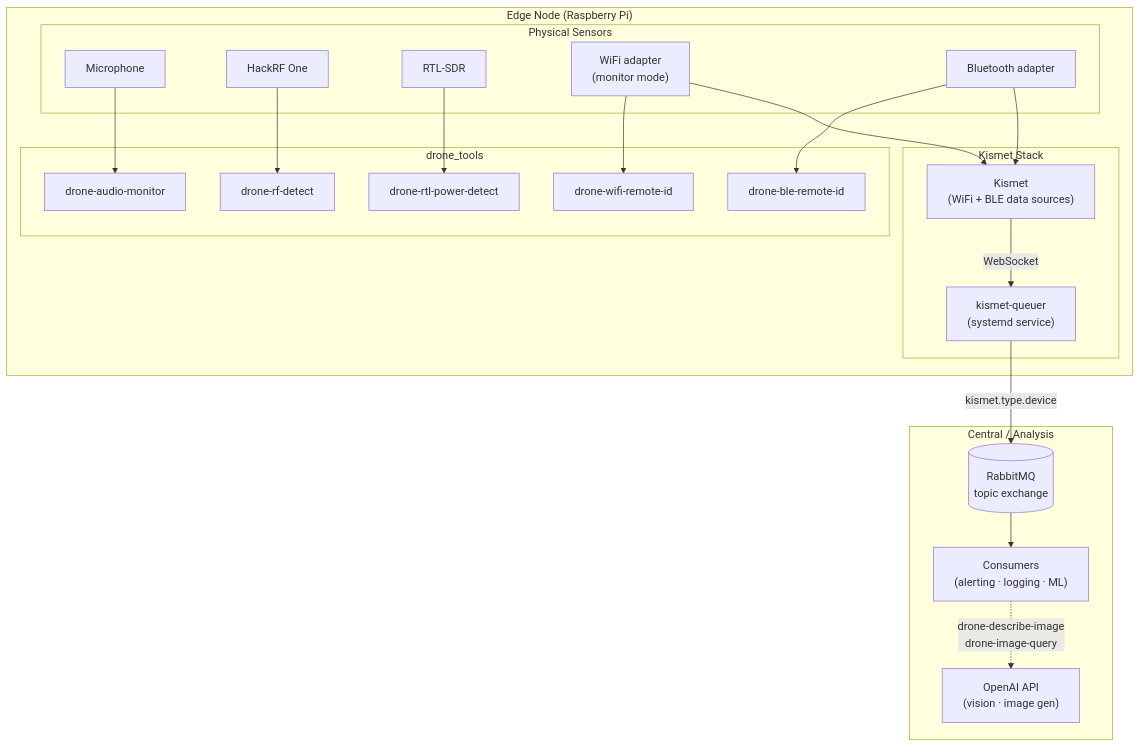
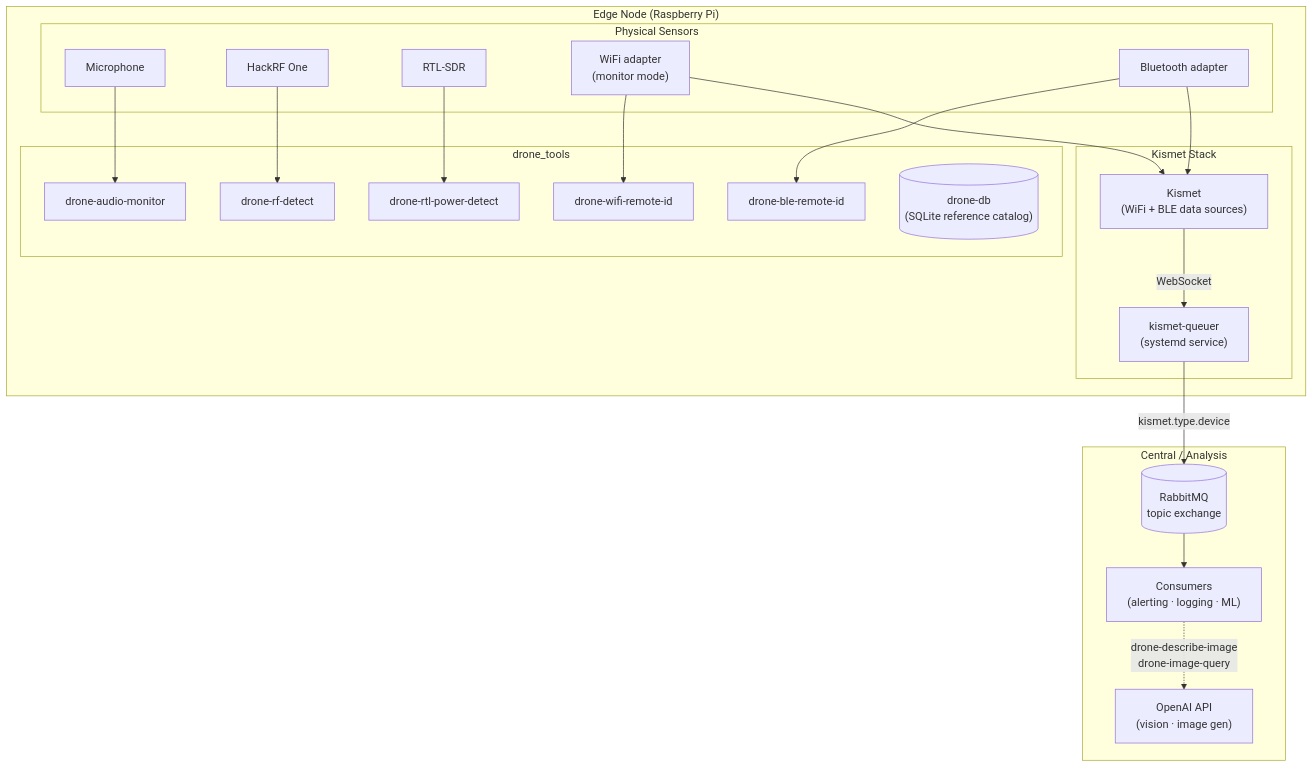
The diagram in README.md (h3ml0ck/cddf), drawn with Mermaid before and after one commit. The commit also changed other lines of this file and 5 other files, not shown here.

First line of the commit message:
Add SQLite drone reference database and image_query tests

````diff
--- a/README.md
+++ b/README.md
@@ -7,43 +7,44 @@
 ```mermaid
 graph TD
     subgraph Edge["Edge Node (Raspberry Pi)"]
         subgraph Sensors["Physical Sensors"]
             MIC["Microphone"]
             HRF["HackRF One"]
             RTL["RTL-SDR"]
             WLAN["WiFi adapter\n(monitor mode)"]
             BT["Bluetooth adapter"]
         end
 
         subgraph drone_tools["drone_tools"]
             AUD["drone-audio-monitor"]
             RF["drone-rf-detect"]
             RTLP["drone-rtl-power-detect"]
             WIFI["drone-wifi-remote-id"]
             BLE["drone-ble-remote-id"]
+            DB[("drone-db\n(SQLite reference catalog)")]
         end
 
         subgraph KismetStack["Kismet Stack"]
             KIS["Kismet\n(WiFi + BLE data sources)"]
             KQ["kismet-queuer\n(systemd service)"]
         end
 
         MIC --> AUD
         HRF --> RF
         RTL --> RTLP
         WLAN --> WIFI
         BT --> BLE
         WLAN & BT --> KIS
         KIS -->|"WebSocket"| KQ
     end
 
     subgraph Central["Central / Analysis"]
         RMQ[("RabbitMQ\ntopic exchange")]
         CONS["Consumers\n(alerting · logging · ML)"]
         OPENAI["OpenAI API\n(vision · image gen)"]
     end
 
     KQ -->|"kismet.type.device"| RMQ
     RMQ --> CONS
     CONS -.->|"drone-describe-image\ndrone-image-query"| OPENAI
 ```
````
